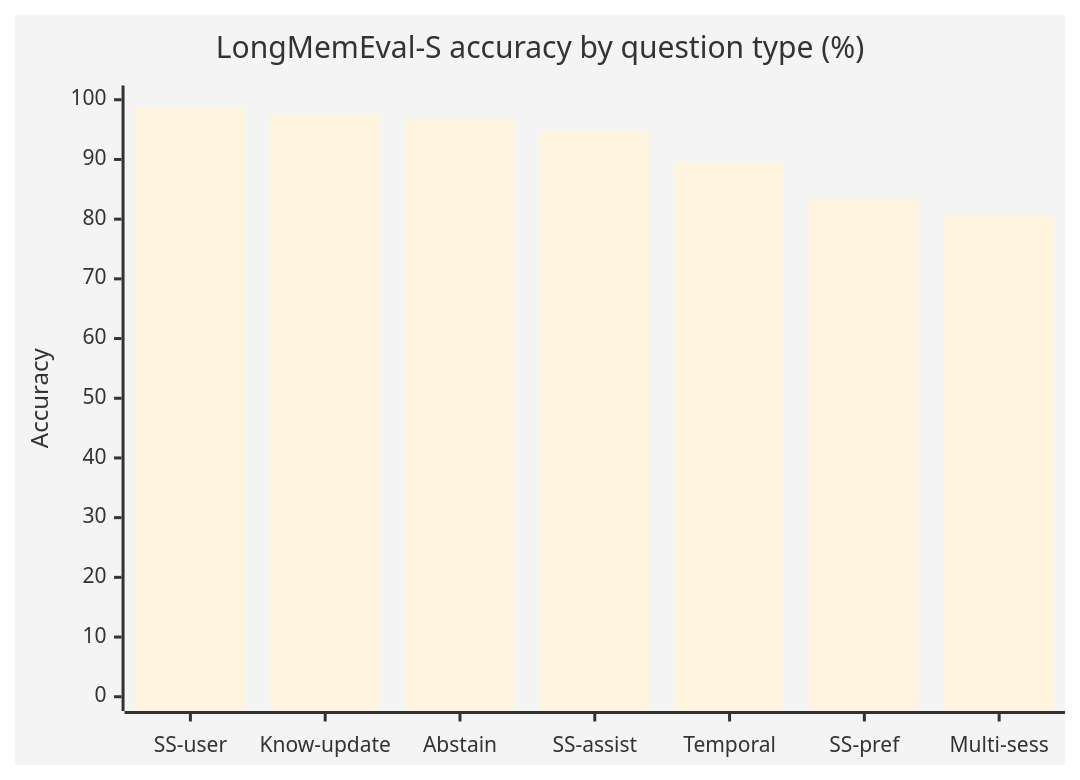
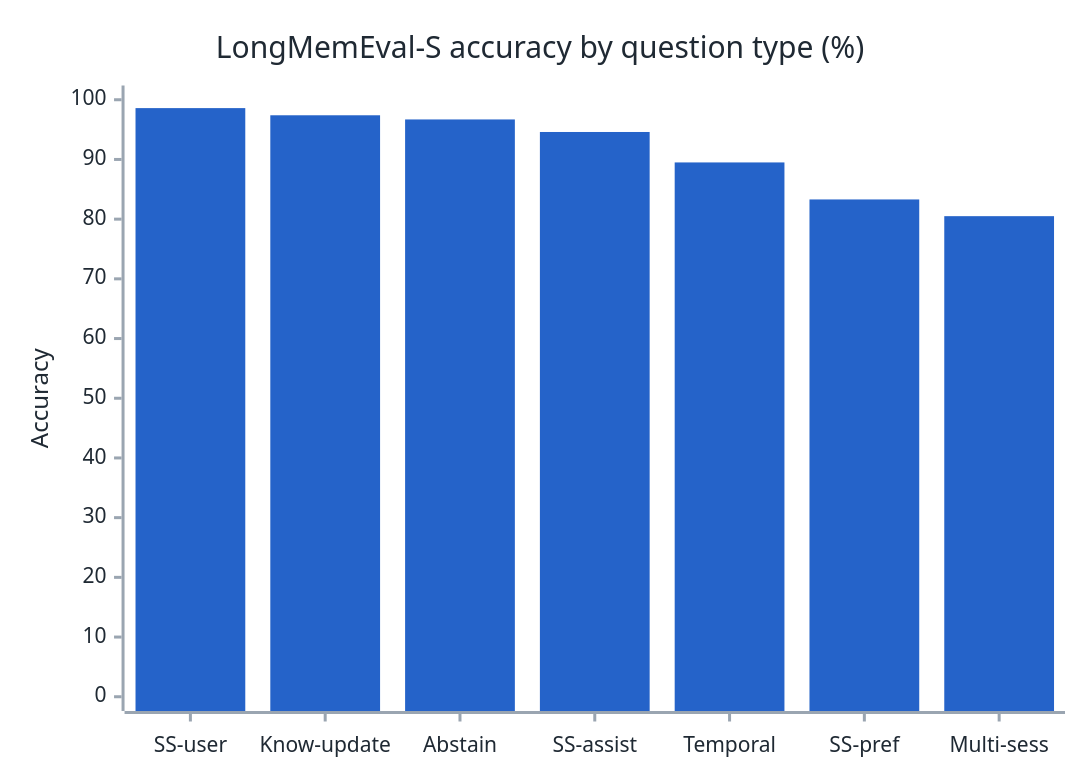
One commit to ahammadnafiz/engram changed the first of 2 diagrams in docs/benchmarks.md. Above: the diagram before and after it, drawn with Mermaid.

Commit message:
docs: high-contrast xychart colors for the benchmark bar chart
The base theme rendered the LongMemEval accuracy bars in a pale cream that
barely contrasted with the plot area in either color scheme. Pin explicit
xyChart theme variables — a saturated blue palette, dark labels/title, and a
transparent background so the bars sit on the light diagram card and stay
legible in both light and dark mode.

````diff
--- a/docs/benchmarks.md
+++ b/docs/benchmarks.md
@@ -30,11 +30,24 @@
 ```mermaid
 ---
 config:
   theme: base
+  themeVariables:
+    xyChart:
+      backgroundColor: "transparent"
+      titleColor: "#1f2933"
+      plotColorPalette: "#2563c9"
+      xAxisLabelColor: "#1f2933"
+      xAxisTitleColor: "#1f2933"
+      xAxisLineColor: "#9aa5b1"
+      xAxisTickColor: "#9aa5b1"
+      yAxisLabelColor: "#1f2933"
+      yAxisTitleColor: "#1f2933"
+      yAxisLineColor: "#9aa5b1"
+      yAxisTickColor: "#9aa5b1"
 ---
 xychart-beta
     title "LongMemEval-S accuracy by question type (%)"
     x-axis ["SS-user", "Know-update", "Abstain", "SS-assist", "Temporal", "SS-pref", "Multi-sess"]
     y-axis "Accuracy" 0 --> 100
     bar [98.6, 97.4, 96.7, 94.6, 89.5, 83.3, 80.5]
 ```
````
